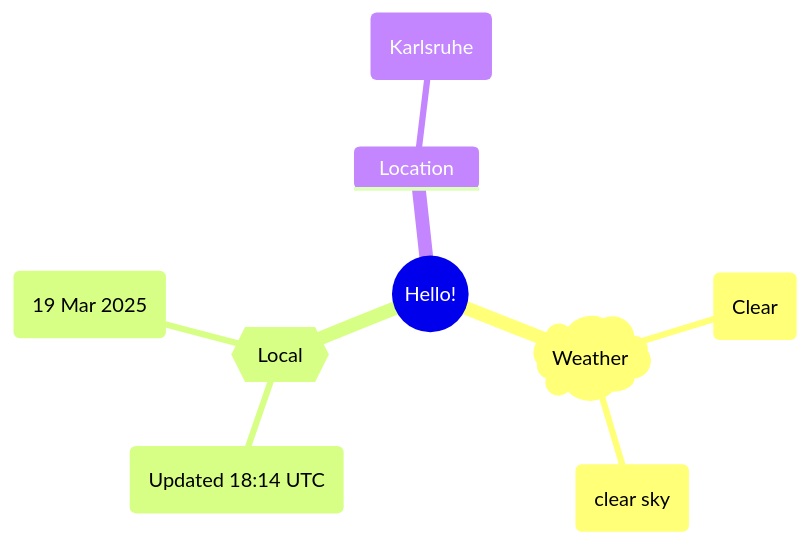
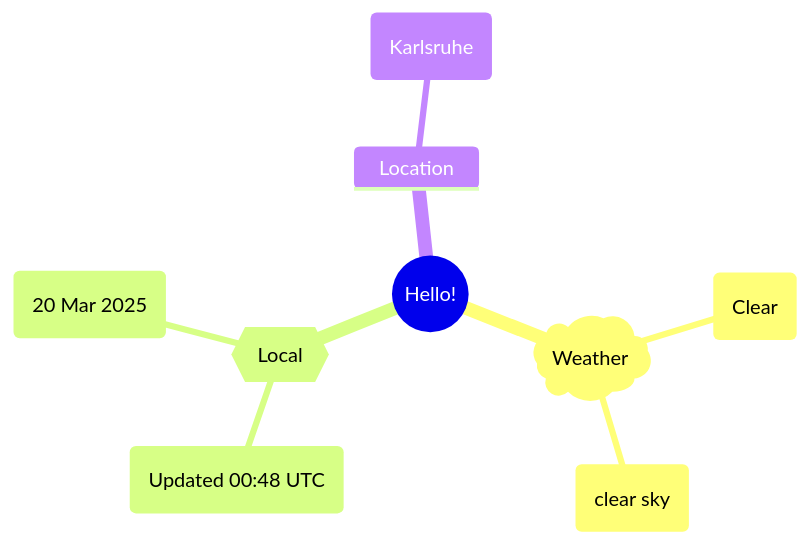
Before and after one commit to Xosrov/Xosrov: the first of 2 diagrams in README.md, drawn with Mermaid.

Commit message:
[bot] updated images

````diff
--- a/README.md
+++ b/README.md
@@ -3,12 +3,12 @@
 ```mermaid
 mindmap
   root((Hello!))
     )Weather(
         (Clear)
         (clear sky)
     {{Local}}
-        (Updated 18:14 UTC)
-        (19 Mar 2025)
+        (Updated 00:48 UTC)
+        (20 Mar 2025)
     Location
         (Karlsruhe)
 ```
````
